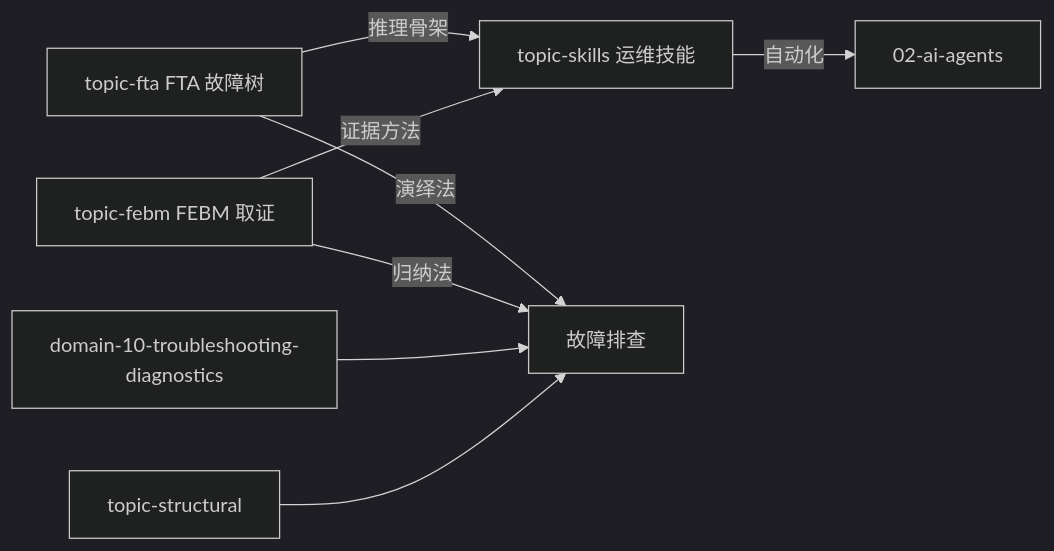
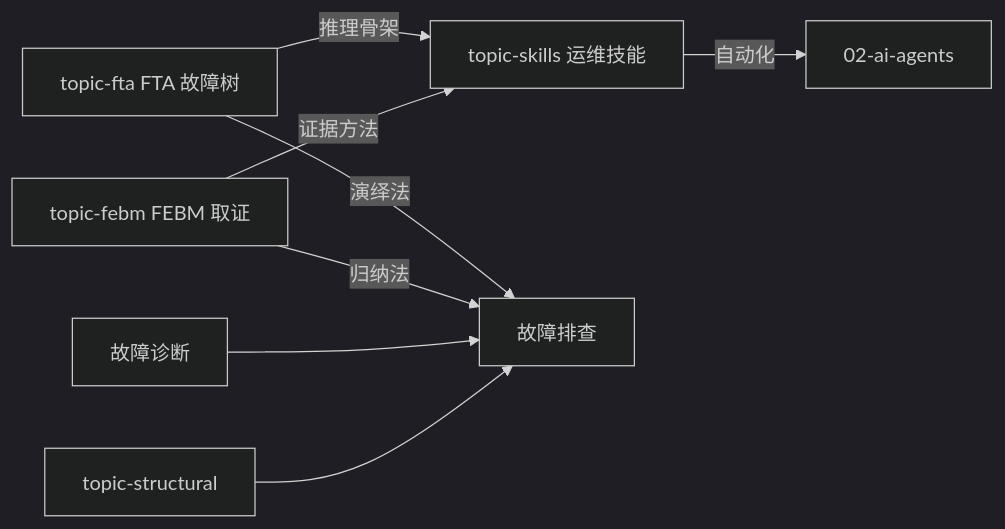
The second of 3 diagrams in _meta/metadata/knowledge-map.md (kudig-io/kudig-database), drawn with Mermaid (dark theme) before and after one commit. The commit also changed other lines of this file and 7916 other files, not shown here.

````diff
--- a/_meta/metadata/knowledge-map.md
+++ b/_meta/metadata/knowledge-map.md
@@ -78,10 +78,10 @@
 ```mermaid
 graph LR
     FTA[topic-fta FTA 故障树] --> |推理骨架| SKILLS[topic-skills 运维技能]
     FEBM[topic-febm FEBM 取证] --> |证据方法| SKILLS
     FTA --> |演绎法| TS[故障排查]
     FEBM --> |归纳法| TS
-    TS12[domain-10-troubleshooting-diagnostics] --> TS
+    TS12[故障诊断] --> TS
     STS[topic-structural] --> TS
     SKILLS --> |自动化| AGENT[02-ai-agents]
 ```
````
